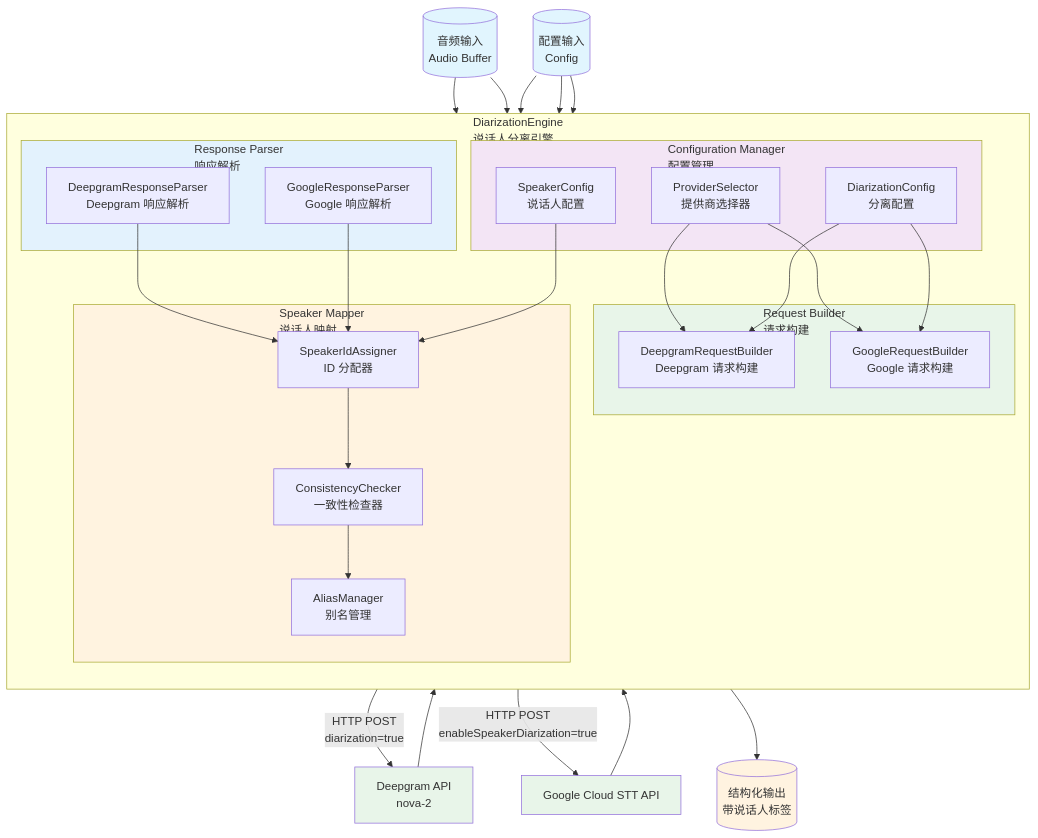
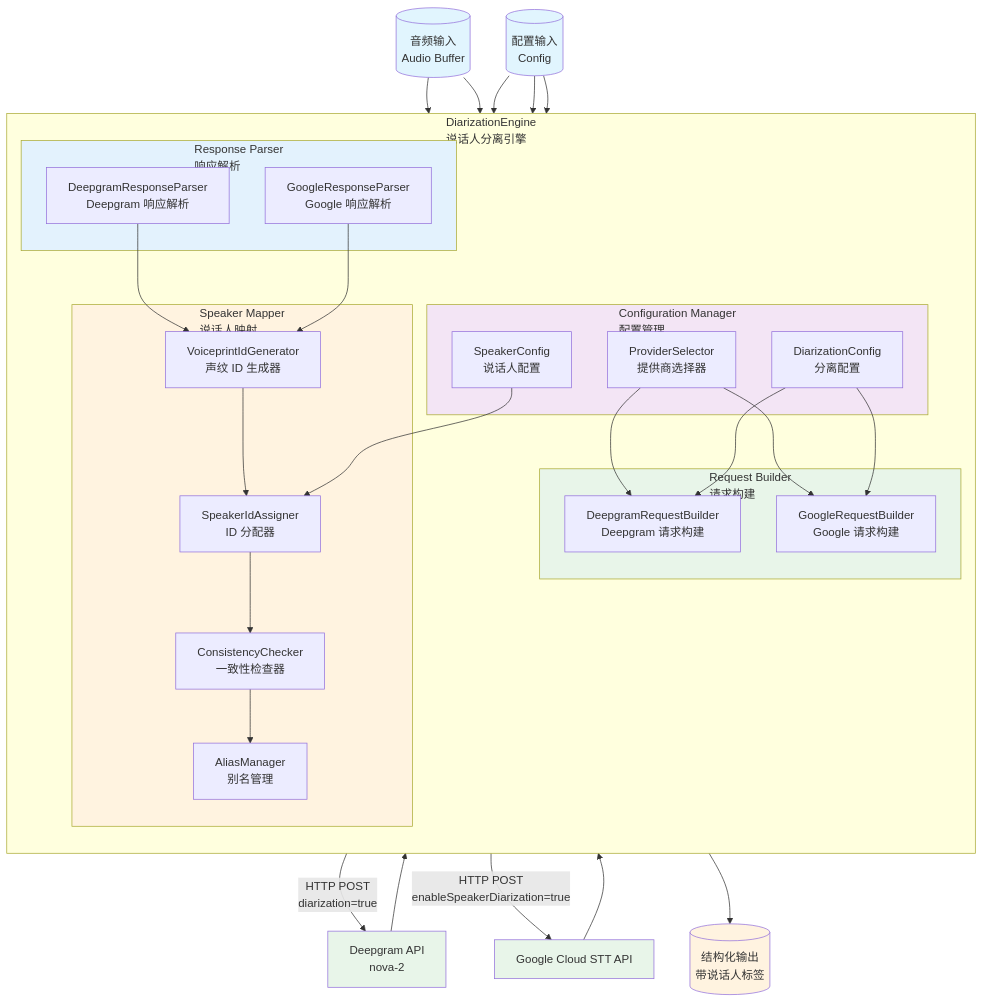
The third of 4 diagrams in docs/c4/planning/speaker-diarization-c4.md (lingyuhing/openclaw), drawn with Mermaid before and after one commit. The commit also changed other lines of this file, not shown here.

````diff
--- a/docs/c4/planning/speaker-diarization-c4.md
+++ b/docs/c4/planning/speaker-diarization-c4.md
@@ -130,75 +130,77 @@
 ```mermaid
 flowchart TB
     subgraph DiarizationEngine["DiarizationEngine<br/>说话人分离引擎"]
         direction TB
         
         subgraph ConfigManager["Configuration Manager<br/>配置管理"]
             ProviderSelector["ProviderSelector<br/>提供商选择器"]
             DiarizationConfig["DiarizationConfig<br/>分离配置"]
             SpeakerConfig["SpeakerConfig<br/>说话人配置"]
         end
         
         subgraph RequestBuilder["Request Builder<br/>请求构建"]
             DeepgramBuilder["DeepgramRequestBuilder<br/>Deepgram 请求构建"]
             GoogleBuilder["GoogleRequestBuilder<br/>Google 请求构建"]
         end
         
         subgraph ResponseParser["Response Parser<br/>响应解析"]
             DeepgramParser["DeepgramResponseParser<br/>Deepgram 响应解析"]
             GoogleParser["GoogleResponseParser<br/>Google 响应解析"]
         end
         
         subgraph SpeakerMapper["Speaker Mapper<br/>说话人映射"]
+            VoiceprintIdGenerator["VoiceprintIdGenerator<br/>声纹 ID 生成器"]
             SpeakerIdAssigner["SpeakerIdAssigner<br/>ID 分配器"]
             SpeakerConsistencyChecker["ConsistencyChecker<br/>一致性检查器"]
             SpeakerAliasManager["AliasManager<br/>别名管理"]
         end
     end
     
     %% External connections
     AudioInput[("音频输入<br/>Audio Buffer")]
     ConfigInput[("配置输入<br/>Config")]
     
     DeepgramAPI["Deepgram API<br/>nova-2"]
     GoogleAPI["Google Cloud STT API"]
     
     Output[("结构化输出<br/>带说话人标签")]
     
     %% Flow
     AudioInput --> DeepgramBuilder
     AudioInput --> GoogleBuilder
     ConfigInput --> ProviderSelector
     ConfigInput --> DiarizationConfig
     ConfigInput --> SpeakerConfig
     
     ProviderSelector --> DeepgramBuilder
     ProviderSelector --> GoogleBuilder
     
     DiarizationConfig --> DeepgramBuilder
     DiarizationConfig --> GoogleBuilder
     
     DeepgramBuilder -->|"HTTP POST<br/>diarization=true"| DeepgramAPI
     GoogleBuilder -->|"HTTP POST<br/>enableSpeakerDiarization=true"| GoogleAPI
     
     DeepgramAPI --> DeepgramParser
     GoogleAPI --> GoogleParser
     
-    DeepgramParser --> SpeakerIdAssigner
-    GoogleParser --> SpeakerIdAssigner
+    DeepgramParser --> VoiceprintIdGenerator
+    GoogleParser --> VoiceprintIdGenerator
     
+    VoiceprintIdGenerator --> SpeakerIdAssigner
     SpeakerConfig --> SpeakerIdAssigner
     SpeakerIdAssigner --> SpeakerConsistencyChecker
     SpeakerConsistencyChecker --> SpeakerAliasManager
     
     SpeakerAliasManager --> Output
     
     style AudioInput fill:#e1f5fe
     style ConfigInput fill:#e1f5fe
     style DeepgramAPI fill:#e8f5e9
     style GoogleAPI fill:#e8f5e9
     style Output fill:#fff3e0
     style ConfigManager fill:#f3e5f5
     style RequestBuilder fill:#e8f5e9
     style ResponseParser fill:#e3f2fd
     style SpeakerMapper fill:#fff3e0
 ```
````
